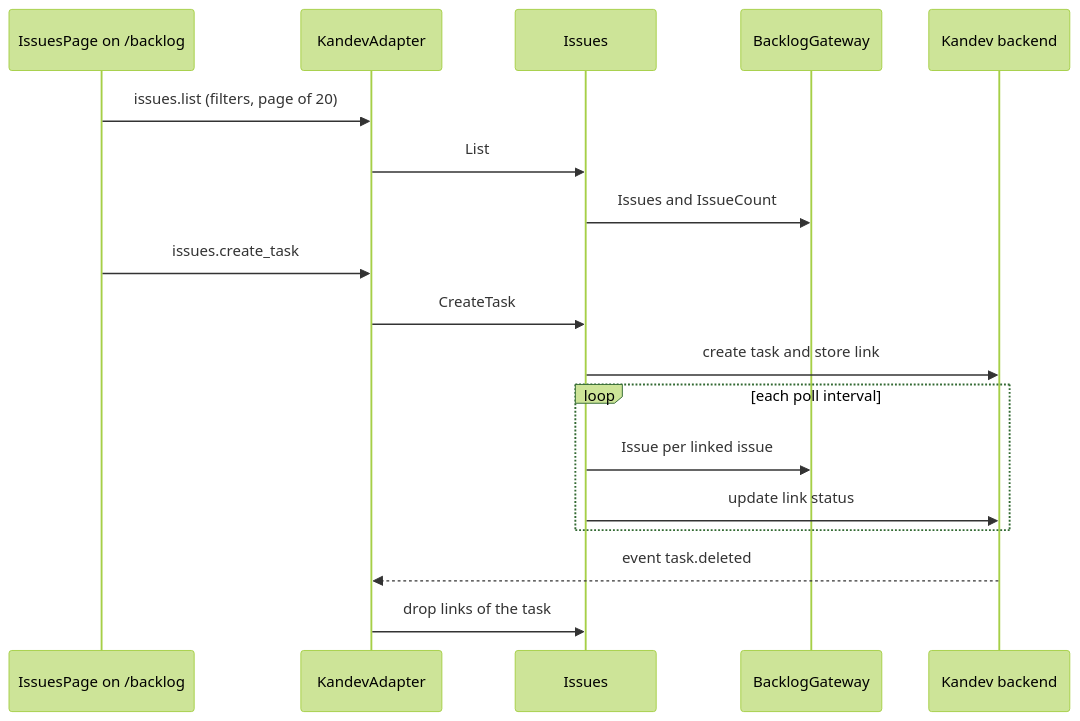
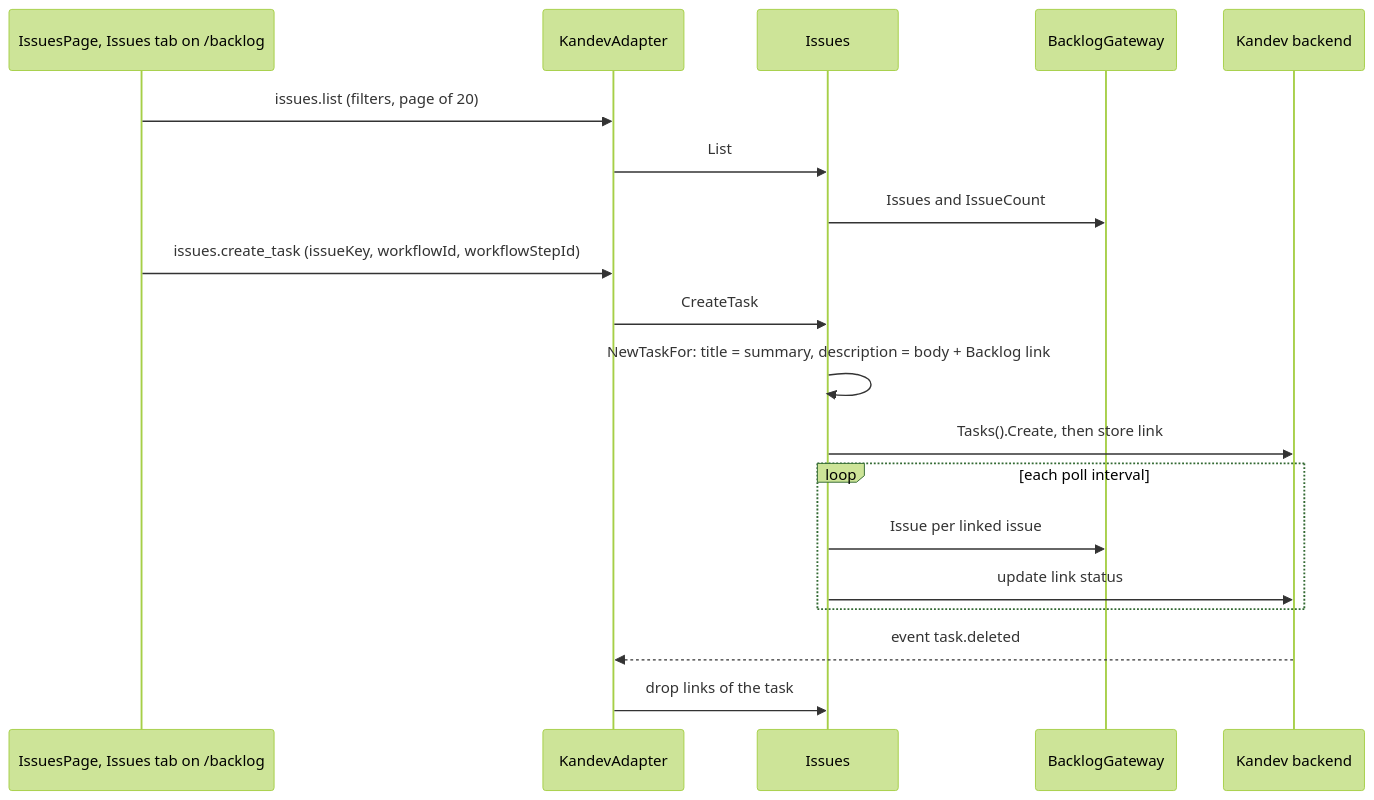
The third of 4 diagrams in aidlc/spaces/default/codekb/kandev-plugin-nulab-backlog/architecture.md (khuongdo/kandev-plugin-nulab-backlog), drawn with Mermaid (forest theme) before and after one commit. The commit also changed other lines of this file and 76 other files, not shown here.

````diff
--- a/aidlc/spaces/default/codekb/kandev-plugin-nulab-backlog/architecture.md
+++ b/aidlc/spaces/default/codekb/kandev-plugin-nulab-backlog/architecture.md
@@ -109,20 +115,21 @@
 ```mermaid
 sequenceDiagram
-  participant P as IssuesPage on /backlog
+  participant P as IssuesPage, Issues tab on /backlog
   participant A as KandevAdapter
   participant I as Issues
   participant G as BacklogGateway
   participant K as Kandev backend
   P->>A: issues.list (filters, page of 20)
   A->>I: List
   I->>G: Issues and IssueCount
-  P->>A: issues.create_task
+  P->>A: issues.create_task (issueKey, workflowId, workflowStepId)
   A->>I: CreateTask
-  I->>K: create task and store link
+  I->>I: NewTaskFor: title = summary, description = body + Backlog link
+  I->>K: Tasks().Create, then store link
   loop each poll interval
     I->>G: Issue per linked issue
     I->>K: update link status
   end
   K-->>A: event task.deleted
   A->>I: drop links of the task
 ```
````
